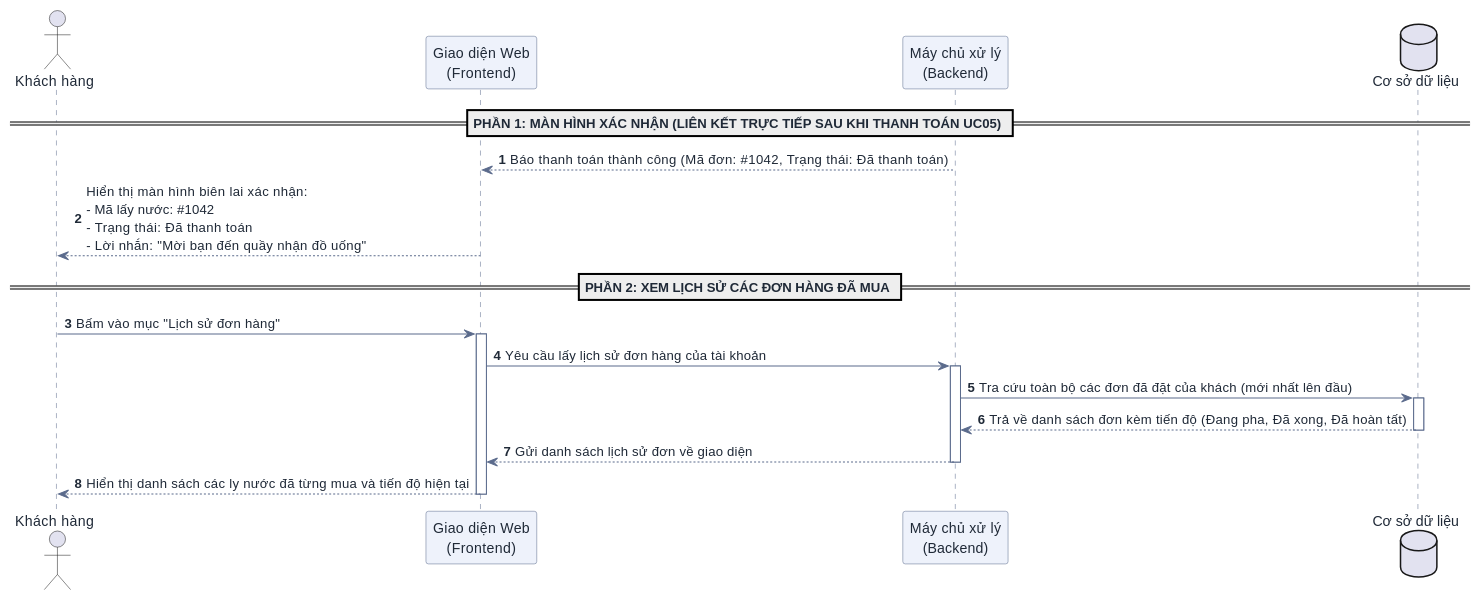
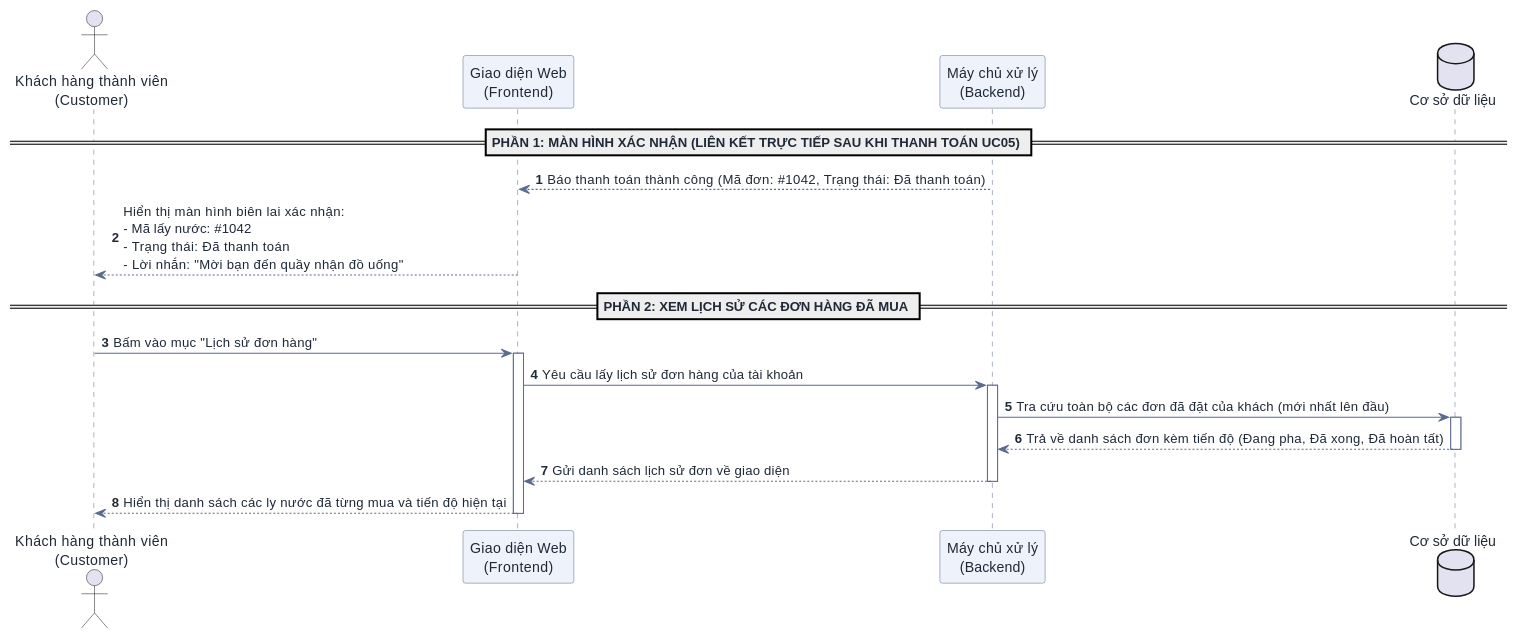
The sixth of 6 diagrams in docs/user-sequence-specifications.md (DuVinhLoi/BrewLite), drawn with PlantUML before and after one commit. The commit also changed other lines of this file and 6 other files, not shown here.

First line of the commit message:
docs: doi chieu de goc PDF, dong bo use case (root) voi sequence

````diff
--- a/docs/user-sequence-specifications.md
+++ b/docs/user-sequence-specifications.md
@@ -532,36 +545,36 @@
 ```plantuml
 @startuml
 skinparam DefaultFontColor #1f2937
 skinparam ArrowColor #5b6b8c
 skinparam SequenceParticipantBackgroundColor #eef2fb
 skinparam SequenceParticipantBorderColor #5b6b8c
 skinparam SequenceLifeLineBorderColor #5b6b8c
 
 autonumber
-actor "Khách hàng" as User
+actor "Khách hàng thành viên\n(Customer)" as User
 participant "Giao diện Web\n(Frontend)" as FE
 participant "Máy chủ xử lý\n(Backend)" as BE
 database "Cơ sở dữ liệu" as DB
 
 == PHẦN 1: MÀN HÌNH XÁC NHẬN (LIÊN KẾT TRỰC TIẾP SAU KHI THANH TOÁN UC05) ==
 BE --> FE : Báo thanh toán thành công (Mã đơn: #1042, Trạng thái: Đã thanh toán)
 FE --> User : Hiển thị màn hình biên lai xác nhận:\n- Mã lấy nước: #1042\n- Trạng thái: Đã thanh toán\n- Lời nhắn: "Mời bạn đến quầy nhận đồ uống"
 
 == PHẦN 2: XEM LỊCH SỬ CÁC ĐƠN HÀNG ĐÃ MUA ==
 User -> FE : Bấm vào mục "Lịch sử đơn hàng"
 activate FE
 FE -> BE : Yêu cầu lấy lịch sử đơn hàng của tài khoản
 activate BE
 
 BE -> DB : Tra cứu toàn bộ các đơn đã đặt của khách (mới nhất lên đầu)
 activate DB
 DB --> BE : Trả về danh sách đơn kèm tiến độ (Đang pha, Đã xong, Đã hoàn tất)
 deactivate DB
 
 BE --> FE : Gửi danh sách lịch sử đơn về giao diện
 deactivate BE
 
 FE --> User : Hiển thị danh sách các ly nước đã từng mua và tiến độ hiện tại
 deactivate FE
 @enduml
 ```
````
